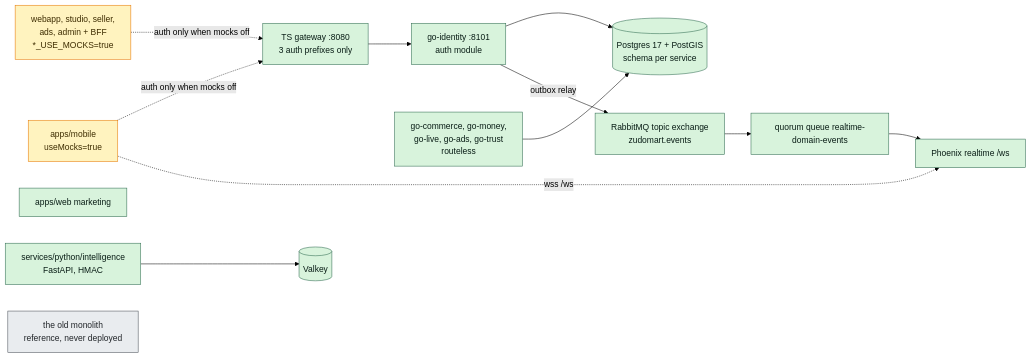
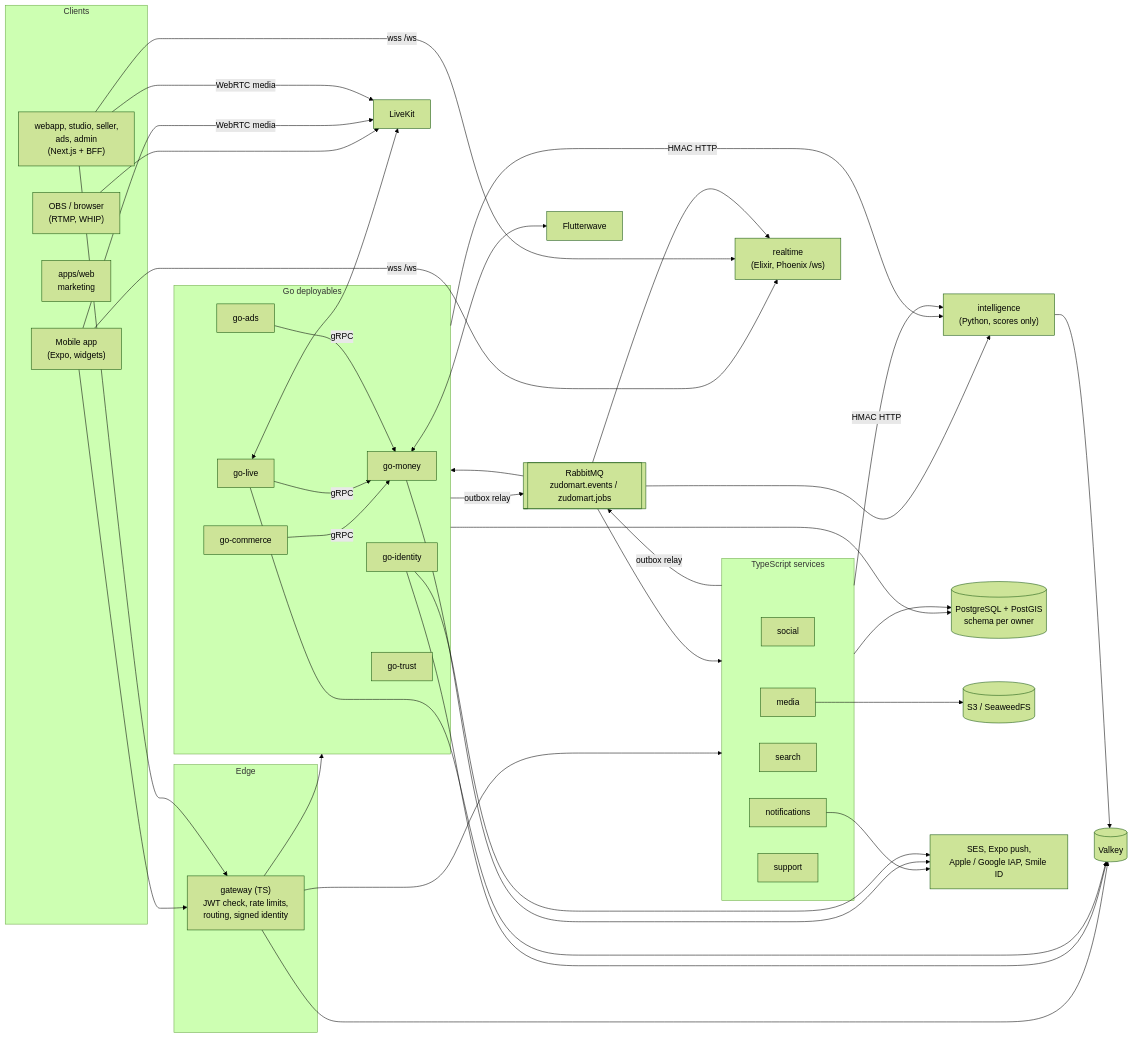
Before and after one commit to telente-technologies/nantty: the first of 5 diagrams in docs/architecture/system.md, drawn with Mermaid (forest theme). The commit also changed other lines of this file and 3 other files, not shown here.

Commit message:
docs/architecture batch 2

````diff
--- a/docs/architecture/system.md
+++ b/docs/architecture/system.md
@@ -9,30 +9,58 @@
 ```mermaid
 flowchart LR
-  classDef existing fill:#d8f3dc,stroke:#2d6a4f,color:#081c15
-  classDef mock fill:#fff3bf,stroke:#e67700,color:#3d2c00
-  classDef ref fill:#e9ecef,stroke:#495057,color:#212529
+  subgraph Clients
+    MOB["Mobile app<br/>(Expo, widgets)"]
+    NEXT["webapp, studio, seller,<br/>ads, admin<br/>(Next.js + BFF)"]
+    WEB["apps/web<br/>marketing"]
+    OBS["OBS / browser<br/>(RTMP, WHIP)"]
+  end
 
-  mobile["apps/mobile<br/>useMocks=true"]:::mock
-  nextApps["webapp, studio, seller,<br/>ads, admin + BFF<br/>*_USE_MOCKS=true"]:::mock
-  web["apps/web marketing"]:::existing
-  gateway["TS gateway :8080<br/>3 auth prefixes only"]:::existing
-  identity["go-identity :8101<br/>auth module"]:::existing
-  otherGo["go-commerce, go-money,<br/>go-live, go-ads, go-trust<br/>routeless"]:::existing
-  realtime["Phoenix realtime /ws"]:::existing
-  intel["services/python/intelligence<br/>FastAPI, HMAC"]:::existing
-  pg[("Postgres 17 + PostGIS<br/>schema per service")]:::existing
-  valkey[("Valkey")]:::existing
-  bus["RabbitMQ topic exchange<br/>zudomart.events"]:::existing
-  qRealtime["quorum queue realtime-domain-events"]:::existing
-  legacy["the old monolith<br/>reference, never deployed"]:::ref
+  subgraph Edge
+    GW["gateway (TS)<br/>JWT check, rate limits,<br/>routing, signed identity"]
+  end
 
-  nextApps -. "auth only when mocks off" .-> gateway
-  mobile -. "auth only when mocks off" .-> gateway
-  gateway --> identity
-  identity --> pg
-  identity -- "outbox relay" --> bus
-  bus --> qRealtime --> realtime
-  mobile -. "wss /ws" .-> realtime
-  intel --> valkey
-  otherGo --> pg
+  subgraph Go["Go deployables"]
+    IDN["go-identity"]
+    COM["go-commerce"]
+    MON["go-money"]
+    LIV["go-live"]
+    ADS["go-ads"]
+    TRU["go-trust"]
+  end
+
+  subgraph TS["TypeScript services"]
+    SOC["social"]
+    NOT["notifications"]
+    SEA["search"]
+    MED["media"]
+    SUP["support"]
+  end
+
+  RT["realtime<br/>(Elixir, Phoenix /ws)"]
+  PY["intelligence<br/>(Python, scores only)"]
+
+  PG[("PostgreSQL + PostGIS<br/>schema per owner")]
+  MQ[["RabbitMQ<br/>zudomart.events / zudomart.jobs"]]
+  VK[("Valkey")]
+  S3[("S3 / SeaweedFS")]
+
+  FLW["Flutterwave"]
+  LK["LiveKit"]
+  EXT["SES, Expo push,<br/>Apple / Google IAP, Smile ID"]
+
+  MOB & NEXT --> GW
+  MOB & NEXT -- "wss /ws" --> RT
+  GW --> Go & TS
+  Go & TS --> PG
+  Go & TS -- "outbox relay" --> MQ
+  MQ --> Go & TS & RT & PY
+  Go & TS -- "HMAC HTTP" --> PY
+  COM & LIV & ADS -- gRPC --> MON
+  MED --> S3
+  MON <--> FLW
+  LIV <--> LK
+  OBS --> LK
+  MOB & NEXT -- "WebRTC media" --> LK
+  NOT & MON & IDN --> EXT
+  GW & IDN & LIV & PY --> VK
 ```
````
